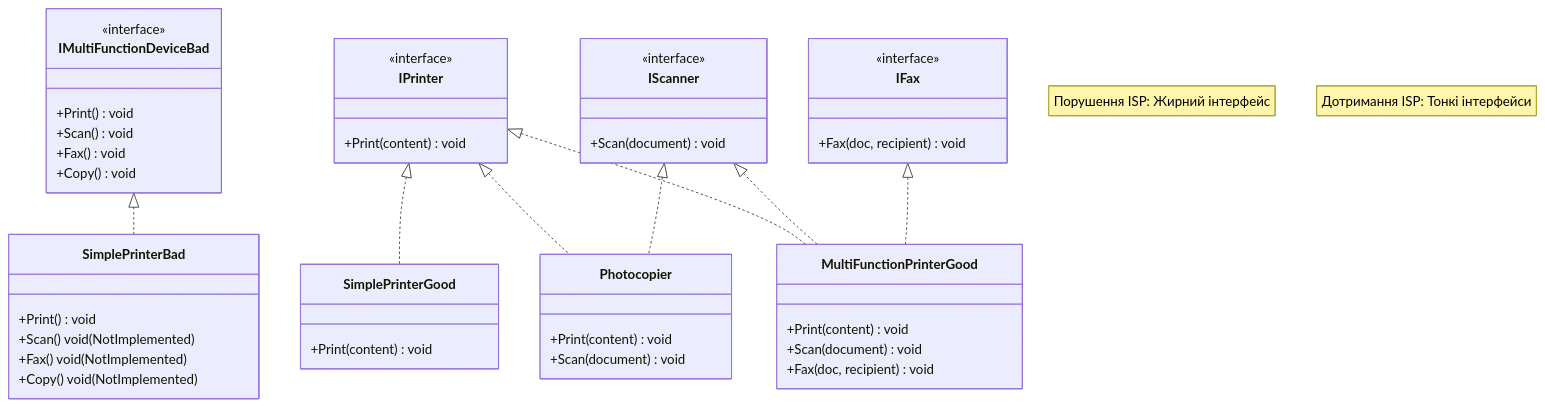
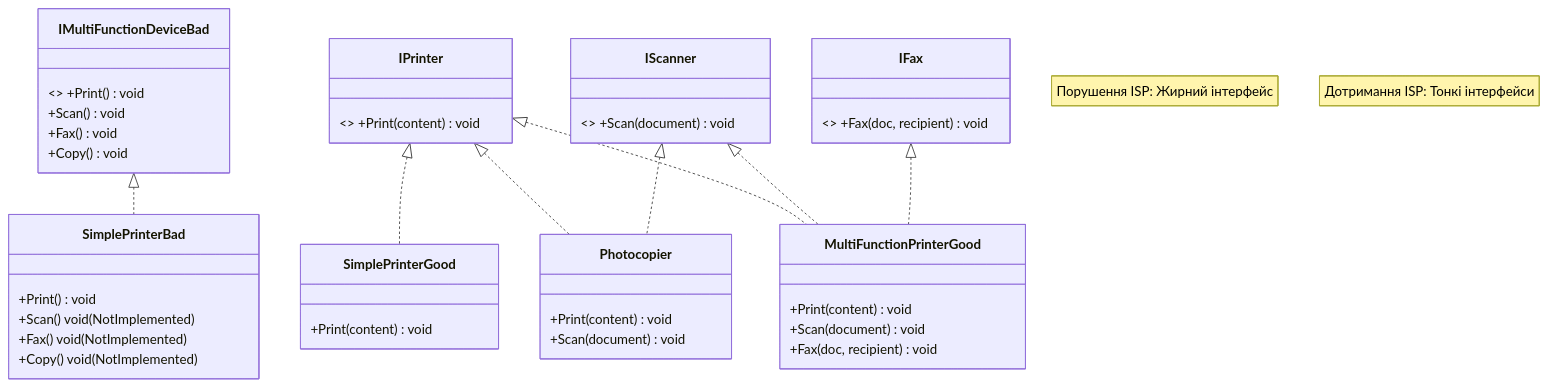
Before and after one commit to MrTomkaYurii/CSharp-OOP-Mastery: the second of 2 diagrams in 08-Architecture-And-Patterns/01-SOLID-Principles/OOP - SOLID/Docs/04_Interface_Segregation_Principle.md, drawn with Mermaid. The commit also changed other lines of this file and 246 other files, not shown here.

Commit message:
feat(architecture): restructure 08 around SOLID, Generic Host (Config & Logging), DI, AutoMapper, Spectre.Console and 3-tier EF Core app

````diff
--- a/08-Architecture-And-Patterns/01-SOLID-Principles/OOP - SOLID/Docs/04_Interface_Segregation_Principle.md
+++ b/08-Architecture-And-Patterns/01-SOLID-Principles/OOP - SOLID/Docs/04_Interface_Segregation_Principle.md
@@ -208,52 +208,48 @@
 ```mermaid
 classDiagram
     note "Порушення ISP: Жирний інтерфейс"
     class IMultiFunctionDeviceBad {
-        <<interface>>
-        +Print() void
+        <<interface>> +Print() void
         +Scan() void
         +Fax() void
         +Copy() void
     }
     class SimplePrinterBad {
         +Print() void
         +Scan() void (NotImplemented)
         +Fax() void (NotImplemented)
         +Copy() void (NotImplemented)
     }
     IMultiFunctionDeviceBad <|.. SimplePrinterBad
 
     note "Дотримання ISP: Тонкі інтерфейси"
     class IPrinter {
-        <<interface>>
-        +Print(content) void
+        <<interface>> +Print(content) void
     }
     class IScanner {
-        <<interface>>
-        +Scan(document) void
+        <<interface>> +Scan(document) void
     }
     class IFax {
-        <<interface>>
-        +Fax(doc, recipient) void
+        <<interface>> +Fax(doc, recipient) void
     }
 
     class SimplePrinterGood {
         +Print(content) void
     }
     class Photocopier {
         +Print(content) void
         +Scan(document) void
     }
     class MultiFunctionPrinterGood {
         +Print(content) void
         +Scan(document) void
         +Fax(doc, recipient) void
     }
 
     IPrinter <|.. SimplePrinterGood
     IPrinter <|.. Photocopier
     IScanner <|.. Photocopier
     IPrinter <|.. MultiFunctionPrinterGood
     IScanner <|.. MultiFunctionPrinterGood
     IFax <|.. MultiFunctionPrinterGood
 ```
````
